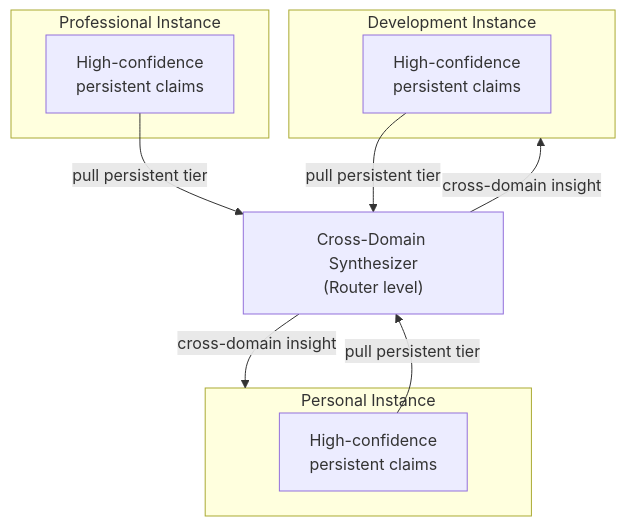
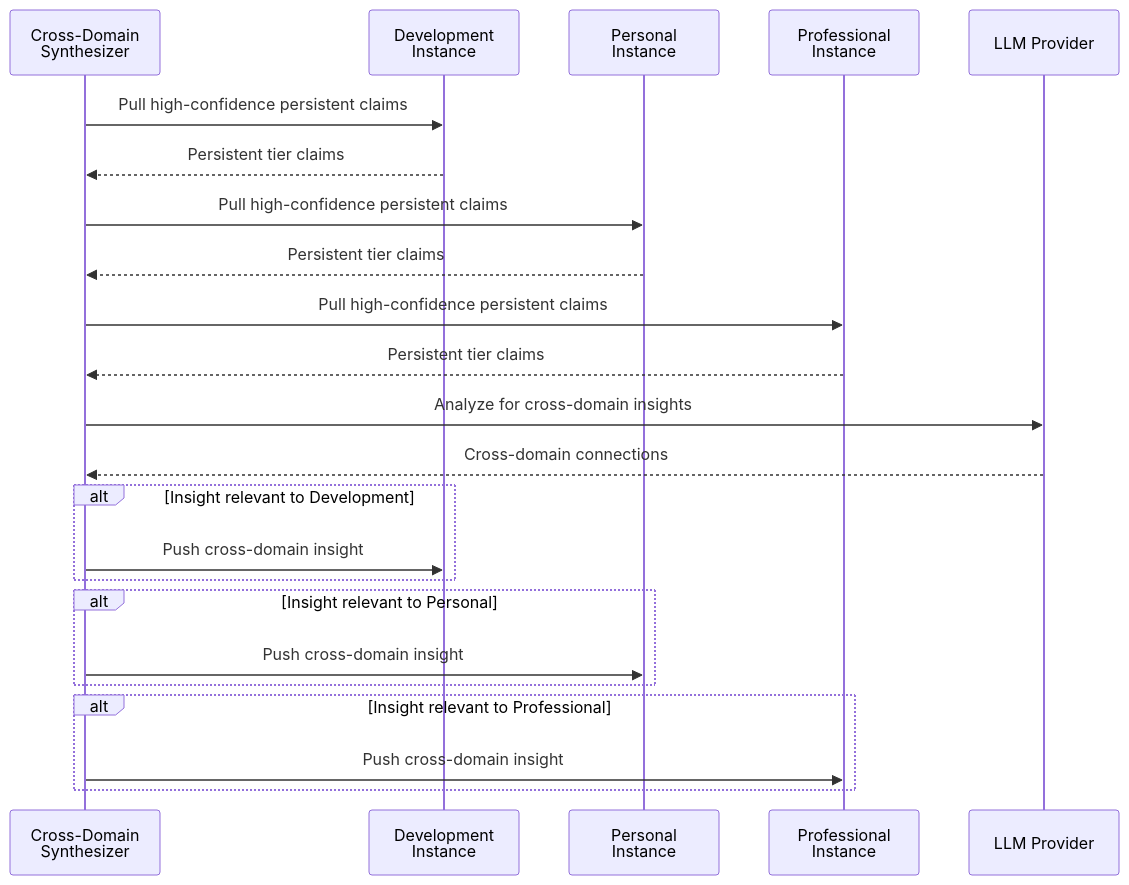
The third of 3 diagrams in docs/architecture/06-synthesizer.md (JDRay42/Boswell), drawn with Mermaid before and after one commit. The commit also changed other lines of this file and 9 other files, not shown here.

First line of the commit message:
docs(arch): align subsystem docs with Router and token architecture changes

````diff
--- a/docs/architecture/06-synthesizer.md
+++ b/docs/architecture/06-synthesizer.md
@@ -105,21 +105,28 @@
 ```mermaid
-graph TB
-    subgraph Dev["Development Instance"]
-        D1["High-confidence<br/>persistent claims"]
+sequenceDiagram
+    participant XS as Cross-Domain<br/>Synthesizer
+    participant Dev as Development<br/>Instance
+    participant Personal as Personal<br/>Instance
+    participant Prof as Professional<br/>Instance
+    participant LLM as LLM Provider
+
+    XS->>Dev: Pull high-confidence persistent claims
+    Dev-->>XS: Persistent tier claims
+    XS->>Personal: Pull high-confidence persistent claims
+    Personal-->>XS: Persistent tier claims
+    XS->>Prof: Pull high-confidence persistent claims
+    Prof-->>XS: Persistent tier claims
+
+    XS->>LLM: Analyze for cross-domain insights
+    LLM-->>XS: Cross-domain connections
+
+    alt Insight relevant to Development
+        XS->>Dev: Push cross-domain insight
     end
-    subgraph Personal["Personal Instance"]
-        P1["High-confidence<br/>persistent claims"]
+    alt Insight relevant to Personal
+        XS->>Personal: Push cross-domain insight
     end
-    subgraph Professional["Professional Instance"]
-        PR1["High-confidence<br/>persistent claims"]
+    alt Insight relevant to Professional
+        XS->>Prof: Push cross-domain insight
     end
-
-    XS["Cross-Domain Synthesizer<br/>(Router level)"]
-
-    D1 -->|"pull persistent tier"| XS
-    P1 -->|"pull persistent tier"| XS
-    PR1 -->|"pull persistent tier"| XS
-
-    XS -->|"cross-domain insight"| Dev
-    XS -->|"cross-domain insight"| Personal
 ```
````
